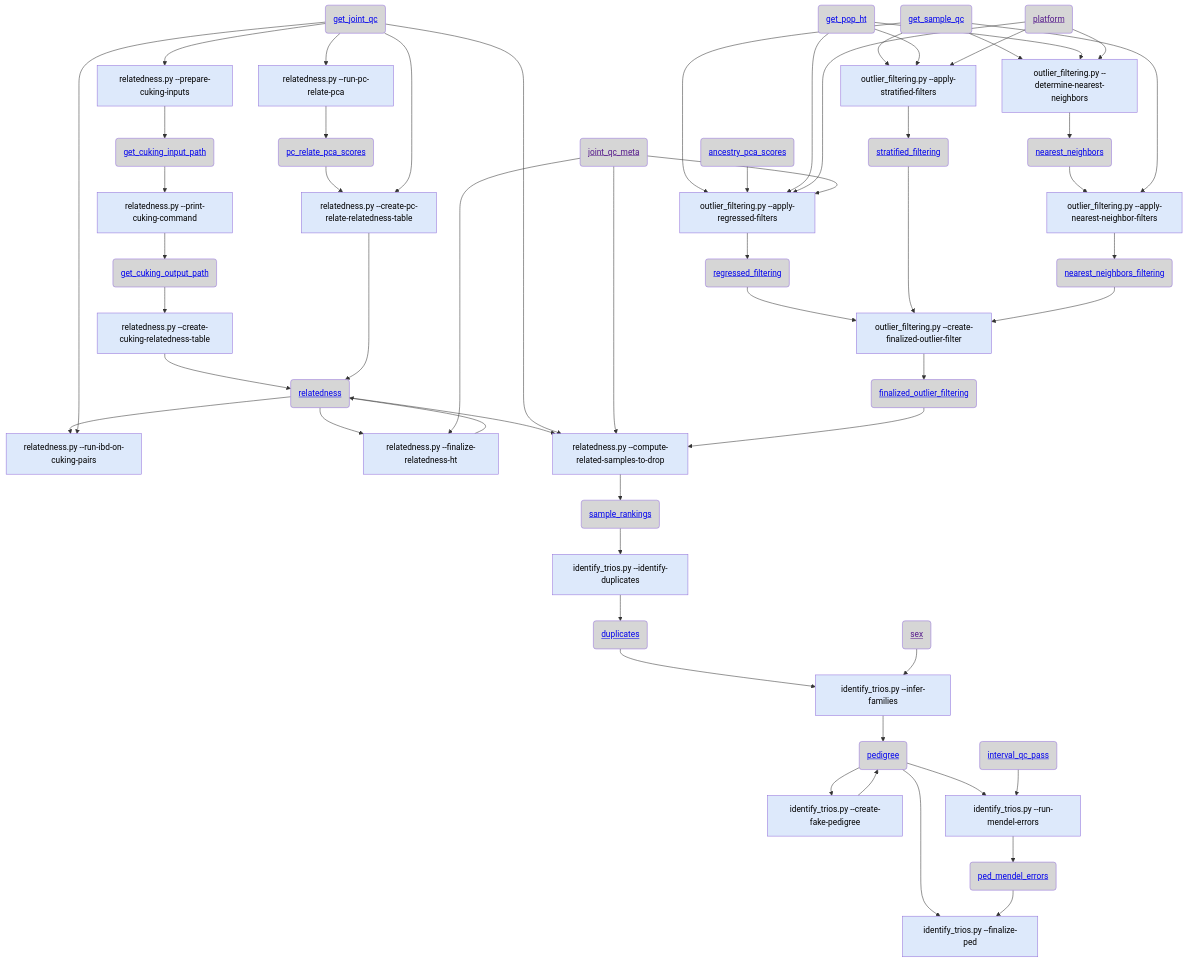
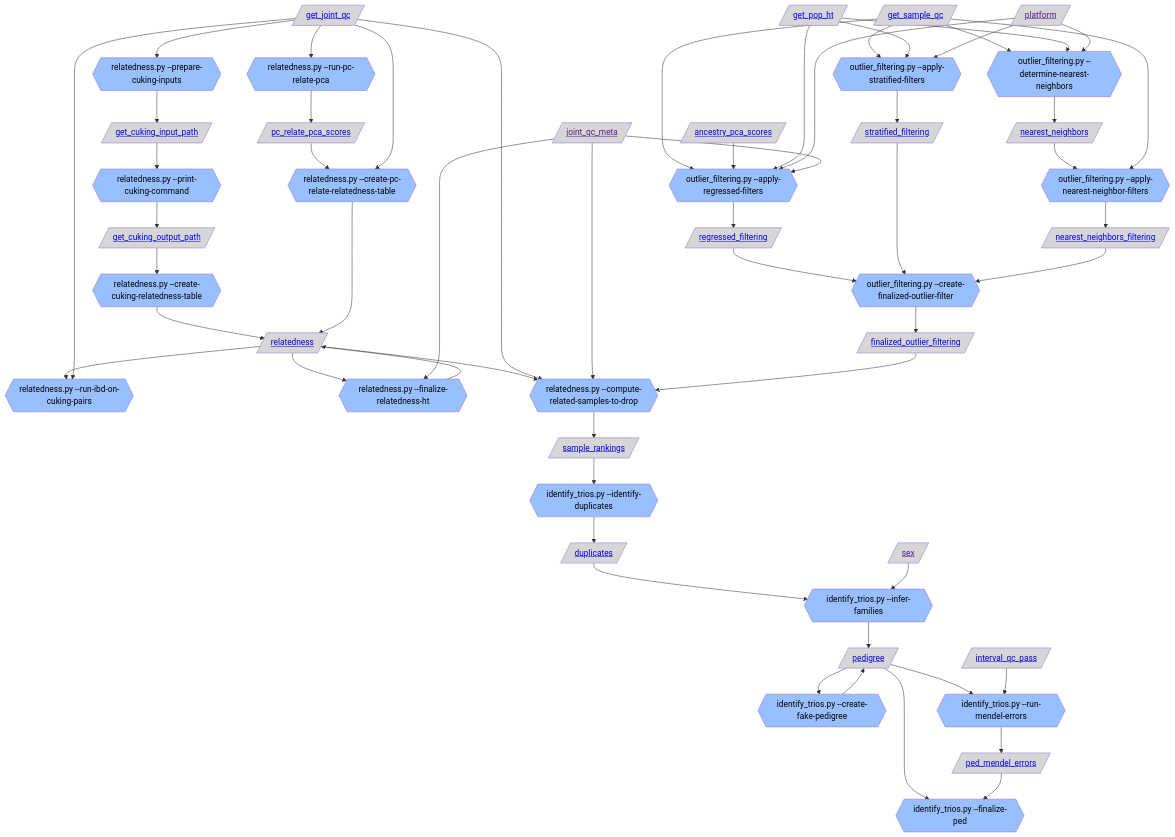
Before and after one commit to broadinstitute/gnomad_qc: the first of 4 diagrams in gnomad_qc/v4/sample_qc/README.md, drawn with Mermaid. The commit also changed other lines of this file and 4 other files, not shown here.

````diff
--- a/gnomad_qc/v4/sample_qc/README.md
+++ b/gnomad_qc/v4/sample_qc/README.md
@@ -2,52 +2,52 @@
 ```mermaid
 flowchart TB;
   classDef script_color fill:#2C5D4A,color:#000000
-  classDef step_color fill:#DDE9FB,color:#000000
+  classDef step_color fill:#98BFFF,color:#000000
   classDef func_color fill:#E0D5E6,color:#000000
   classDef gnomad_methods_color fill:#F9F2CE,color:#000000
   classDef hail_color fill:#FAEACE,color:#000000
   classDef resource_color fill:#D6D6D6,color:#000000
   classDef validity_check_color fill:#2C5D4A,color:#000000
 
-  resource_get_joint_qc("<a href='https://github.com/broadinstitute/gnomad_qc/tree/main/gnomad_qc/v4/resources/sample_qc.py#L388'>get_joint_qc</a>"):::resource_color;
-  step_prepare_cuking_inputs["relatedness.py --prepare-cuking-inputs"]:::step_color;
-  resource_get_cuking_input_path("<a href='https://github.com/broadinstitute/gnomad_qc/tree/main/gnomad_qc/v4/resources/sample_qc.py#L423'>get_cuking_input_path</a>"):::resource_color;
-  step_print_cuking_command["relatedness.py --print-cuking-command"]:::step_color;
-  resource_get_cuking_output_path("<a href='https://github.com/broadinstitute/gnomad_qc/tree/main/gnomad_qc/v4/resources/sample_qc.py#L439'>get_cuking_output_path</a>"):::resource_color;
-  step_create_cuking_relatedness_table["relatedness.py --create-cuking-relatedness-table"]:::step_color;
-  resource_relatedness("<a href='https://github.com/broadinstitute/gnomad_qc/tree/main/gnomad_qc/v4/resources/sample_qc.py#L473'>relatedness</a>"):::resource_color;
-  step_run_ibd_on_cuking_pairs["relatedness.py --run-ibd-on-cuking-pairs"]:::step_color;
-  step_finalize_relatedness_ht["relatedness.py --finalize-relatedness-ht"]:::step_color;
-  resource_joint_qc_meta("<a href=''>joint_qc_meta</a>"):::resource_color;
-  step_create_pc_relate_relatedness_table["relatedness.py --create-pc-relate-relatedness-table"]:::step_color;
-  step_compute_related_samples_to_drop["relatedness.py --compute-related-samples-to-drop"]:::step_color;
-  step_create_finalized_outlier_filter["outlier_filtering.py --create-finalized-outlier-filter"]:::step_color;
-  resource_finalized_outlier_filtering("<a href='https://github.com/broadinstitute/gnomad_qc/tree/main/gnomad_qc/v4/resources/sample_qc.py#L874'>finalized_outlier_filtering</a>"):::resource_color;
-  step_run_pc_relate_pca["relatedness.py --run-pc-relate-pca"]:::step_color;
-  resource_pc_relate_pca_scores("<a href='https://github.com/broadinstitute/gnomad_qc/tree/main/gnomad_qc/v4/resources/sample_qc.py#L455'>pc_relate_pca_scores</a>"):::resource_color;
-  resource_get_sample_qc("<a href='https://github.com/broadinstitute/gnomad_qc/tree/main/gnomad_qc/v4/resources/sample_qc.py#L44'>get_sample_qc</a>"):::resource_color;
-  step_apply_regressed_filters["outlier_filtering.py --apply-regressed-filters"]:::step_color;
-  resource_ancestry_pca_scores("<a href='https://github.com/broadinstitute/gnomad_qc/tree/main/gnomad_qc/v4/resources/sample_qc.py#L624'>ancestry_pca_scores</a>"):::resource_color;
-  resource_get_pop_ht("<a href='https://github.com/broadinstitute/gnomad_qc/tree/main/gnomad_qc/v4/resources/sample_qc.py#L698'>get_pop_ht</a>"):::resource_color;
-  resource_platform("<a href=''>platform</a>"):::resource_color;
-  resource_regressed_filtering("<a href='https://github.com/broadinstitute/gnomad_qc/tree/main/gnomad_qc/v4/resources/sample_qc.py#L780'>regressed_filtering</a>"):::resource_color;
-  step_apply_stratified_filters["outlier_filtering.py --apply-stratified-filters"]:::step_color;
-  resource_stratified_filtering("<a href='https://github.com/broadinstitute/gnomad_qc/tree/main/gnomad_qc/v4/resources/sample_qc.py#L749'>stratified_filtering</a>"):::resource_color;
-  step_apply_nearest_neighbor_filters["outlier_filtering.py --apply-nearest-neighbor-filters"]:::step_color;
-  resource_nearest_neighbors_filtering("<a href='https://github.com/broadinstitute/gnomad_qc/tree/main/gnomad_qc/v4/resources/sample_qc.py#L856'>nearest_neighbors_filtering</a>"):::resource_color;
-  step_determine_nearest_neighbors["outlier_filtering.py --determine-nearest-neighbors"]:::step_color;
-  resource_nearest_neighbors("<a href='https://github.com/broadinstitute/gnomad_qc/tree/main/gnomad_qc/v4/resources/sample_qc.py#L820'>nearest_neighbors</a>"):::resource_color;
-  resource_sample_rankings("<a href='https://github.com/broadinstitute/gnomad_qc/tree/main/gnomad_qc/v4/resources/sample_qc.py#L547'>sample_rankings</a>"):::resource_color;
-  step_identify_duplicates["identify_trios.py --identify-duplicates"]:::step_color;
-  resource_duplicates("<a href='https://github.com/broadinstitute/gnomad_qc/tree/main/gnomad_qc/v4/resources/sample_qc.py#L895'>duplicates</a>"):::resource_color;
-  step_infer_families["identify_trios.py --infer-families"]:::step_color;
-  resource_sex("<a href=''>sex</a>"):::resource_color;
-  resource_pedigree("<a href='https://github.com/broadinstitute/gnomad_qc/tree/main/gnomad_qc/v4/resources/sample_qc.py#L913'>pedigree</a>"):::resource_color;
-  step_create_fake_pedigree["identify_trios.py --create-fake-pedigree"]:::step_color;
-  step_run_mendel_errors["identify_trios.py --run-mendel-errors"]:::step_color;
-  resource_interval_qc_pass("<a href='https://github.com/broadinstitute/gnomad_qc/tree/main/gnomad_qc/v4/resources/sample_qc.py#L306'>interval_qc_pass</a>"):::resource_color;
-  step_finalize_ped["identify_trios.py --finalize-ped"]:::step_color;
-  resource_ped_mendel_errors("<a href='https://github.com/broadinstitute/gnomad_qc/tree/main/gnomad_qc/v4/resources/sample_qc.py#L966'>ped_mendel_errors</a>"):::resource_color;
+  resource_get_joint_qc[/"<a href='https://github.com/broadinstitute/gnomad_qc/tree/main/gnomad_qc/v4/resources/sample_qc.py#L388'>get_joint_qc</a>"/]:::resource_color;
+  step_prepare_cuking_inputs{{"relatedness.py --prepare-cuking-inputs"}}:::step_color;
+  resource_get_cuking_input_path[/"<a href='https://github.com/broadinstitute/gnomad_qc/tree/main/gnomad_qc/v4/resources/sample_qc.py#L423'>get_cuking_input_path</a>"/]:::resource_color;
+  step_print_cuking_command{{"relatedness.py --print-cuking-command"}}:::step_color;
+  resource_get_cuking_output_path[/"<a href='https://github.com/broadinstitute/gnomad_qc/tree/main/gnomad_qc/v4/resources/sample_qc.py#L439'>get_cuking_output_path</a>"/]:::resource_color;
+  step_create_cuking_relatedness_table{{"relatedness.py --create-cuking-relatedness-table"}}:::step_color;
+  resource_relatedness[/"<a href='https://github.com/broadinstitute/gnomad_qc/tree/main/gnomad_qc/v4/resources/sample_qc.py#L473'>relatedness</a>"/]:::resource_color;
+  step_run_ibd_on_cuking_pairs{{"relatedness.py --run-ibd-on-cuking-pairs"}}:::step_color;
+  step_finalize_relatedness_ht{{"relatedness.py --finalize-relatedness-ht"}}:::step_color;
+  resource_joint_qc_meta[/"<a href=''>joint_qc_meta</a>"/]:::resource_color;
+  step_create_pc_relate_relatedness_table{{"relatedness.py --create-pc-relate-relatedness-table"}}:::step_color;
+  step_compute_related_samples_to_drop{{"relatedness.py --compute-related-samples-to-drop"}}:::step_color;
+  step_create_finalized_outlier_filter{{"outlier_filtering.py --create-finalized-outlier-filter"}}:::step_color;
+  resource_finalized_outlier_filtering[/"<a href='https://github.com/broadinstitute/gnomad_qc/tree/main/gnomad_qc/v4/resources/sample_qc.py#L874'>finalized_outlier_filtering</a>"/]:::resource_color;
+  step_run_pc_relate_pca{{"relatedness.py --run-pc-relate-pca"}}:::step_color;
+  resource_pc_relate_pca_scores[/"<a href='https://github.com/broadinstitute/gnomad_qc/tree/main/gnomad_qc/v4/resources/sample_qc.py#L455'>pc_relate_pca_scores</a>"/]:::resource_color;
+  resource_get_sample_qc[/"<a href='https://github.com/broadinstitute/gnomad_qc/tree/main/gnomad_qc/v4/resources/sample_qc.py#L44'>get_sample_qc</a>"/]:::resource_color;
+  step_apply_regressed_filters{{"outlier_filtering.py --apply-regressed-filters"}}:::step_color;
+  resource_ancestry_pca_scores[/"<a href='https://github.com/broadinstitute/gnomad_qc/tree/main/gnomad_qc/v4/resources/sample_qc.py#L624'>ancestry_pca_scores</a>"/]:::resource_color;
+  resource_get_pop_ht[/"<a href='https://github.com/broadinstitute/gnomad_qc/tree/main/gnomad_qc/v4/resources/sample_qc.py#L698'>get_pop_ht</a>"/]:::resource_color;
+  resource_platform[/"<a href=''>platform</a>"/]:::resource_color;
+  resource_regressed_filtering[/"<a href='https://github.com/broadinstitute/gnomad_qc/tree/main/gnomad_qc/v4/resources/sample_qc.py#L780'>regressed_filtering</a>"/]:::resource_color;
+  step_apply_stratified_filters{{"outlier_filtering.py --apply-stratified-filters"}}:::step_color;
+  resource_stratified_filtering[/"<a href='https://github.com/broadinstitute/gnomad_qc/tree/main/gnomad_qc/v4/resources/sample_qc.py#L749'>stratified_filtering</a>"/]:::resource_color;
+  step_apply_nearest_neighbor_filters{{"outlier_filtering.py --apply-nearest-neighbor-filters"}}:::step_color;
+  resource_nearest_neighbors_filtering[/"<a href='https://github.com/broadinstitute/gnomad_qc/tree/main/gnomad_qc/v4/resources/sample_qc.py#L856'>nearest_neighbors_filtering</a>"/]:::resource_color;
+  step_determine_nearest_neighbors{{"outlier_filtering.py --determine-nearest-neighbors"}}:::step_color;
+  resource_nearest_neighbors[/"<a href='https://github.com/broadinstitute/gnomad_qc/tree/main/gnomad_qc/v4/resources/sample_qc.py#L820'>nearest_neighbors</a>"/]:::resource_color;
+  resource_sample_rankings[/"<a href='https://github.com/broadinstitute/gnomad_qc/tree/main/gnomad_qc/v4/resources/sample_qc.py#L547'>sample_rankings</a>"/]:::resource_color;
+  step_identify_duplicates{{"identify_trios.py --identify-duplicates"}}:::step_color;
+  resource_duplicates[/"<a href='https://github.com/broadinstitute/gnomad_qc/tree/main/gnomad_qc/v4/resources/sample_qc.py#L895'>duplicates</a>"/]:::resource_color;
+  step_infer_families{{"identify_trios.py --infer-families"}}:::step_color;
+  resource_sex[/"<a href=''>sex</a>"/]:::resource_color;
+  resource_pedigree[/"<a href='https://github.com/broadinstitute/gnomad_qc/tree/main/gnomad_qc/v4/resources/sample_qc.py#L913'>pedigree</a>"/]:::resource_color;
+  step_create_fake_pedigree{{"identify_trios.py --create-fake-pedigree"}}:::step_color;
+  step_run_mendel_errors{{"identify_trios.py --run-mendel-errors"}}:::step_color;
+  resource_interval_qc_pass[/"<a href='https://github.com/broadinstitute/gnomad_qc/tree/main/gnomad_qc/v4/resources/sample_qc.py#L306'>interval_qc_pass</a>"/]:::resource_color;
+  step_finalize_ped{{"identify_trios.py --finalize-ped"}}:::step_color;
+  resource_ped_mendel_errors[/"<a href='https://github.com/broadinstitute/gnomad_qc/tree/main/gnomad_qc/v4/resources/sample_qc.py#L966'>ped_mendel_errors</a>"/]:::resource_color;
   resource_get_joint_qc --> step_prepare_cuking_inputs;
   step_prepare_cuking_inputs --> resource_get_cuking_input_path;
   resource_get_cuking_input_path --> step_print_cuking_command;
````
